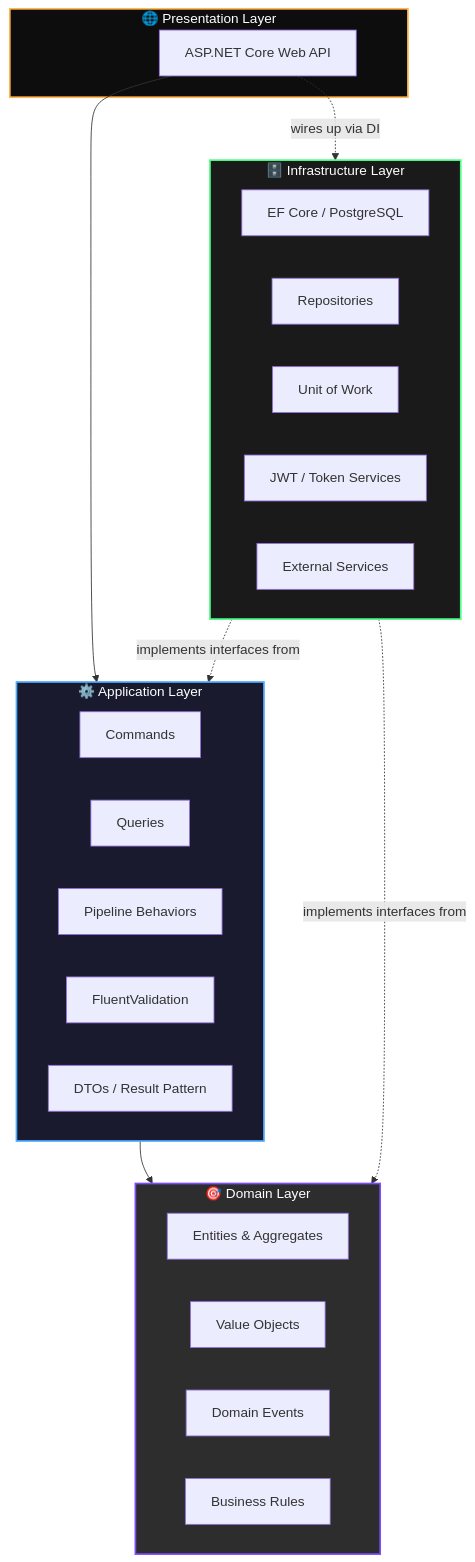
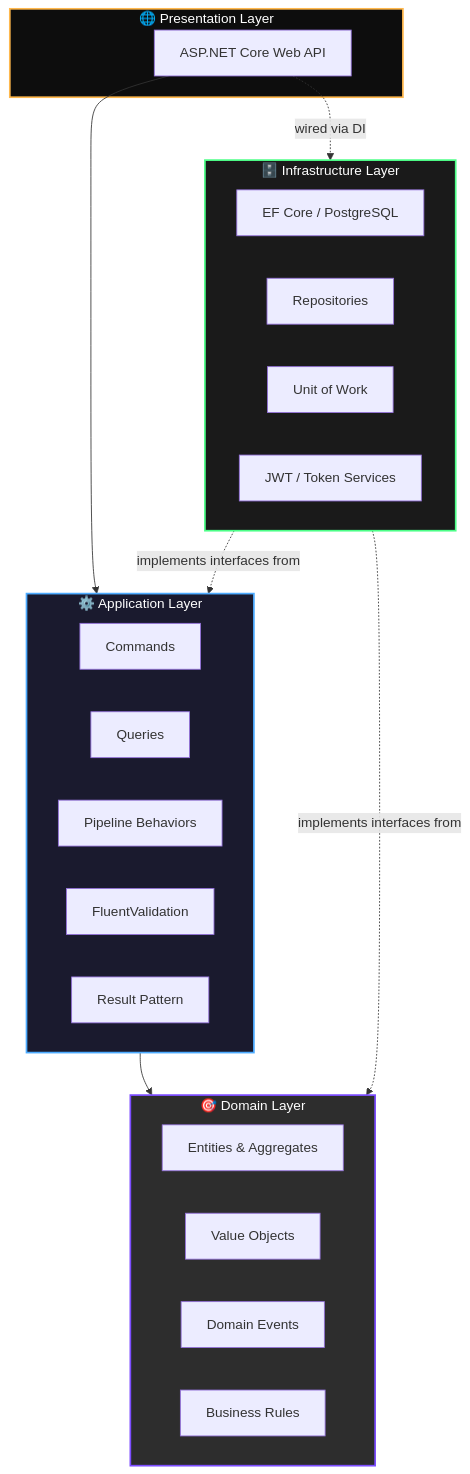
Before and after one commit to amralsaftawi/FixNow: the first of 3 diagrams in README.md, drawn with Mermaid. The commit also changed other lines of this file and 21 other files, not shown here.

Commit message:
feat(auth): implement OTP verification and improve authentication flow

````diff
--- a/README.md
+++ b/README.md
@@ -63,40 +127,39 @@
 ```mermaid
 flowchart TB
     subgraph Presentation["🌐 Presentation Layer"]
         API[ASP.NET Core Web API]
     end
 
     subgraph Application["⚙️ Application Layer"]
         CMD[Commands]
         QRY[Queries]
         PIPE[Pipeline Behaviors]
         VAL[FluentValidation]
-        DTO[DTOs / Result Pattern]
+        RES[Result Pattern]
     end
 
     subgraph Domain["🎯 Domain Layer"]
         ENT[Entities & Aggregates]
         VO[Value Objects]
         EVT[Domain Events]
         RULES[Business Rules]
     end
 
     subgraph Infrastructure["🗄️ Infrastructure Layer"]
         EF[EF Core / PostgreSQL]
         REPO[Repositories]
         UOW[Unit of Work]
         JWT[JWT / Token Services]
-        EXT[External Services]
     end
 
     API --> Application
     Application --> Domain
     Infrastructure -.implements interfaces from.-> Application
     Infrastructure -.implements interfaces from.-> Domain
-    API -.wires up via DI.-> Infrastructure
+    API -.wired via DI.-> Infrastructure
 
     style Domain fill:#2d2d2d,color:#fff,stroke:#7c4dff,stroke-width:2px
     style Application fill:#1a1a2e,color:#fff,stroke:#4dabff,stroke-width:2px
     style Infrastructure fill:#1a1a1a,color:#fff,stroke:#4dff88,stroke-width:2px
     style Presentation fill:#0d0d0d,color:#fff,stroke:#ffb84d,stroke-width:2px
 ```
````
